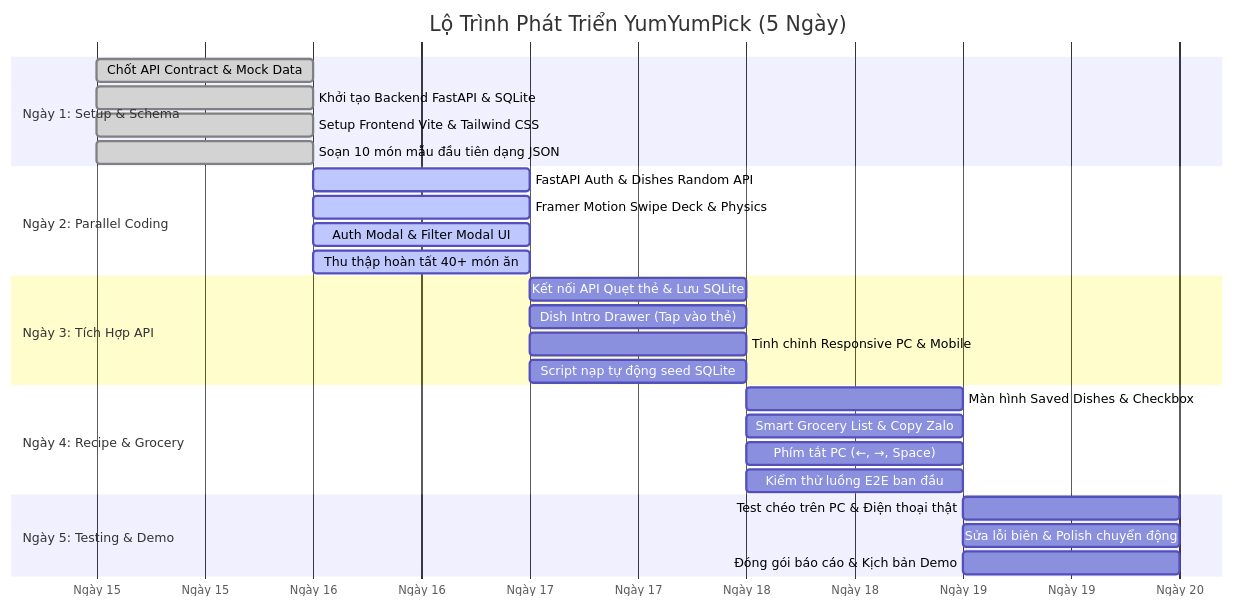
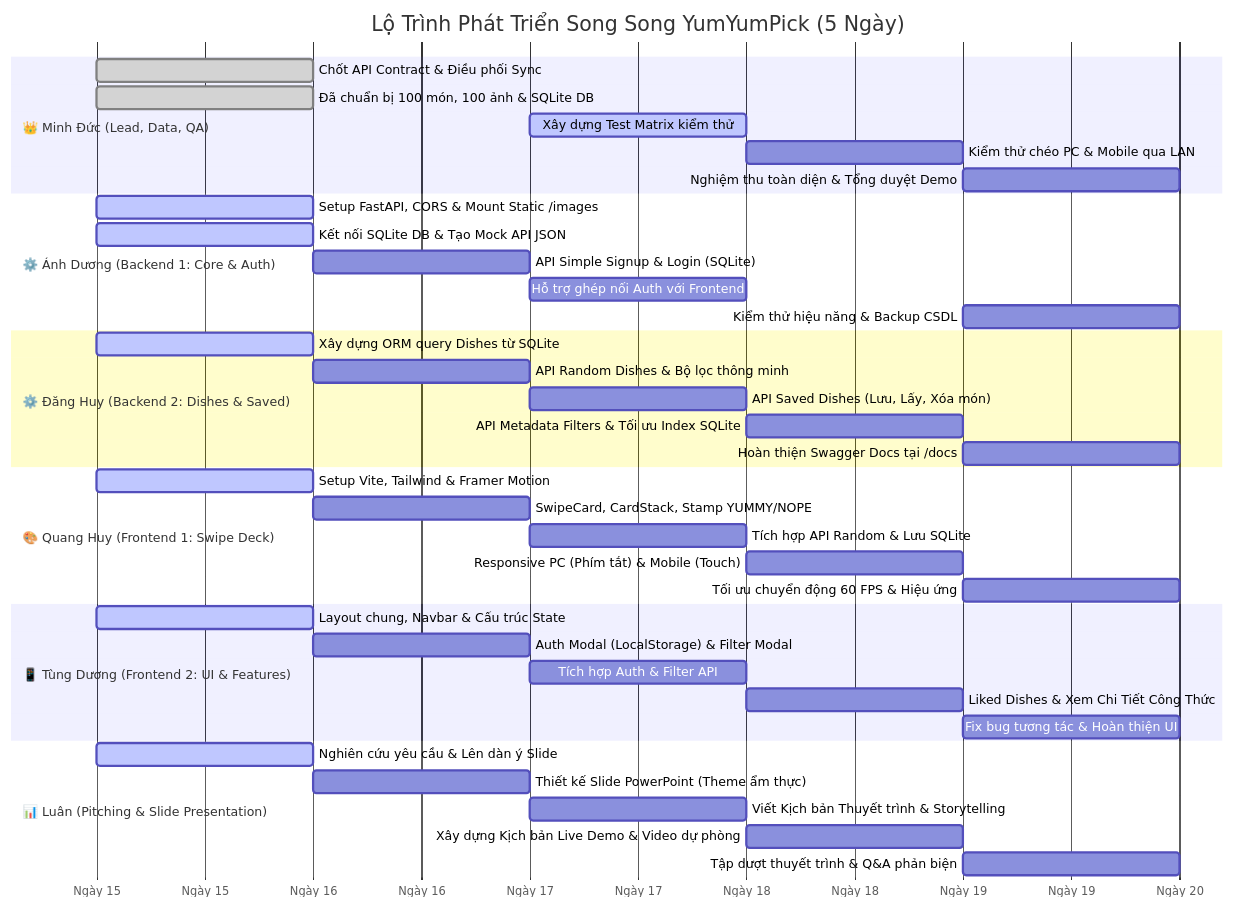
Before and after one commit to snowwminhduc1212/YumYumPick: the diagram in docs/06_SPRINT_ROADMAP_AND_TODO_PER_ROLE.md, drawn with Mermaid. The commit also changed other lines of this file and 9 other files, not shown here.

````diff
--- a/docs/06_SPRINT_ROADMAP_AND_TODO_PER_ROLE.md
+++ b/docs/06_SPRINT_ROADMAP_AND_TODO_PER_ROLE.md
@@ -9,35 +9,48 @@
 ```mermaid
 gantt
-    title Lộ Trình Phát Triển YumYumPick (5 Ngày)
+    title Lộ Trình Phát Triển Song Song YumYumPick (5 Ngày)
     dateFormat  YYYY-MM-DD
     axisFormat  Ngày %d
     
-    section Ngày 1: Setup & Schema
-    Chốt API Contract & Mock Data      :done, d1_1, 2026-09-15, 1d
-    Khởi tạo Backend FastAPI & SQLite  :done, d1_2, 2026-09-15, 1d
-    Setup Frontend Vite & Tailwind CSS :done, d1_3, 2026-09-15, 1d
-    Soạn 10 món mẫu đầu tiên dạng JSON :done, d1_4, 2026-09-15, 1d
-    
-    section Ngày 2: Parallel Coding
-    FastAPI Auth & Dishes Random API   :active, d2_1, 2026-09-16, 1d
-    Framer Motion Swipe Deck & Physics :active, d2_2, 2026-09-16, 1d
-    Auth Modal & Filter Modal UI       :active, d2_3, 2026-09-16, 1d
-    Thu thập hoàn tất 40+ món ăn       :active, d2_4, 2026-09-16, 1d
-    
-    section Ngày 3: Tích Hợp API
-    Kết nối API Quẹt thẻ & Lưu SQLite  :d3_1, 2026-09-17, 1d
-    Dish Intro Drawer (Tap vào thẻ)    :d3_2, 2026-09-17, 1d
-    Tinh chỉnh Responsive PC & Mobile  :d3_3, 2026-09-17, 1d
-    Script nạp tự động seed SQLite     :d3_4, 2026-09-17, 1d
-    
-    section Ngày 4: Recipe & Grocery
-    Màn hình Saved Dishes & Checkbox   :d4_1, 2026-09-18, 1d
-    Smart Grocery List & Copy Zalo     :d4_2, 2026-09-18, 1d
-    Phím tắt PC (←, →, Space)          :d4_3, 2026-09-18, 1d
-    Kiểm thử luồng E2E ban đầu         :d4_4, 2026-09-18, 1d
-    
-    section Ngày 5: Testing & Demo
-    Test chéo trên PC & Điện thoại thật:d5_1, 2026-09-19, 1d
-    Sửa lỗi biên & Polish chuyển động  :d5_2, 2026-09-19, 1d
-    Đóng gói báo cáo & Kịch bản Demo   :d5_3, 2026-09-19, 1d
+    section 👑 Minh Đức (Lead, Data, QA)
+    Chốt API Contract & Điều phối Sync        :done, md_1, 2026-09-15, 1d
+    Đã chuẩn bị 100 món, 100 ảnh & SQLite DB  :done, md_2, 2026-09-15, 1d
+    Xây dựng Test Matrix kiểm thử             :active, md_3, 2026-09-17, 1d
+    Kiểm thử chéo PC & Mobile qua LAN         :md_4, 2026-09-18, 1d
+    Nghiệm thu toàn diện & Tổng duyệt Demo    :md_5, 2026-09-19, 1d
+
+    section ⚙️ Ánh Dương (Backend 1: Core & Auth)
+    Setup FastAPI, CORS & Mount Static /images:active, ad_1, 2026-09-15, 1d
+    Kết nối SQLite DB & Tạo Mock API JSON     :active, ad_2, 2026-09-15, 1d
+    API Simple Signup & Login (SQLite)        :ad_3, 2026-09-16, 1d
+    Hỗ trợ ghép nối Auth với Frontend         :ad_4, 2026-09-17, 1d
+    Kiểm thử hiệu năng & Backup CSDL          :ad_5, 2026-09-19, 1d
+
+    section ⚙️ Đăng Huy (Backend 2: Dishes & Saved)
+    Xây dựng ORM query Dishes từ SQLite       :active, dh_1, 2026-09-15, 1d
+    API Random Dishes & Bộ lọc thông minh     :dh_2, 2026-09-16, 1d
+    API Saved Dishes (Lưu, Lấy, Xóa món)      :dh_3, 2026-09-17, 1d
+    API Metadata Filters & Tối ưu Index SQLite:dh_4, 2026-09-18, 1d
+    Hoàn thiện Swagger Docs tại /docs         :dh_5, 2026-09-19, 1d
+
+    section 🎨 Quang Huy (Frontend 1: Swipe Deck)
+    Setup Vite, Tailwind & Framer Motion      :active, qh_1, 2026-09-15, 1d
+    SwipeCard, CardStack, Stamp YUMMY/NOPE    :qh_2, 2026-09-16, 1d
+    Tích hợp API Random & Lưu SQLite          :qh_3, 2026-09-17, 1d
+    Responsive PC (Phím tắt) & Mobile (Touch) :qh_4, 2026-09-18, 1d
+    Tối ưu chuyển động 60 FPS & Hiệu ứng      :qh_5, 2026-09-19, 1d
+
+    section 📱 Tùng Dương (Frontend 2: UI & Features)
+    Layout chung, Navbar & Cấu trúc State     :active, td_1, 2026-09-15, 1d
+    Auth Modal (LocalStorage) & Filter Modal  :td_2, 2026-09-16, 1d
+    Tích hợp Auth & Filter API                :td_3, 2026-09-17, 1d
+    Liked Dishes & Xem Chi Tiết Công Thức     :td_4, 2026-09-18, 1d
+    Fix bug tương tác & Hoàn thiện UI         :td_5, 2026-09-19, 1d
+
+    section 📊 Luân (Pitching & Slide Presentation)
+    Nghiên cứu yêu cầu & Lên dàn ý Slide      :active, l_1, 2026-09-15, 1d
+    Thiết kế Slide PowerPoint (Theme ẩm thực) :l_2, 2026-09-16, 1d
+    Viết Kịch bản Thuyết trình & Storytelling :l_3, 2026-09-17, 1d
+    Xây dựng Kịch bản Live Demo & Video dự phòng:l_4, 2026-09-18, 1d
+    Tập dượt thuyết trình & Q&A phản biện     :l_5, 2026-09-19, 1d
 ```
````
